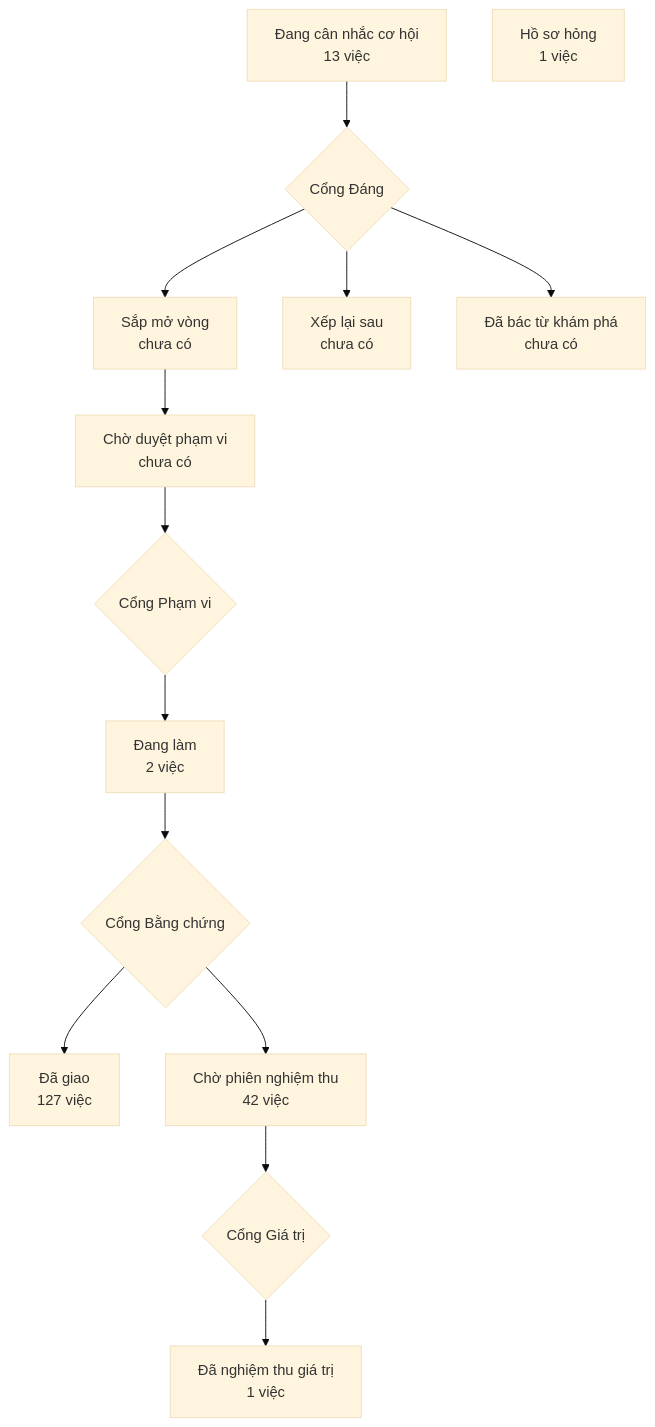
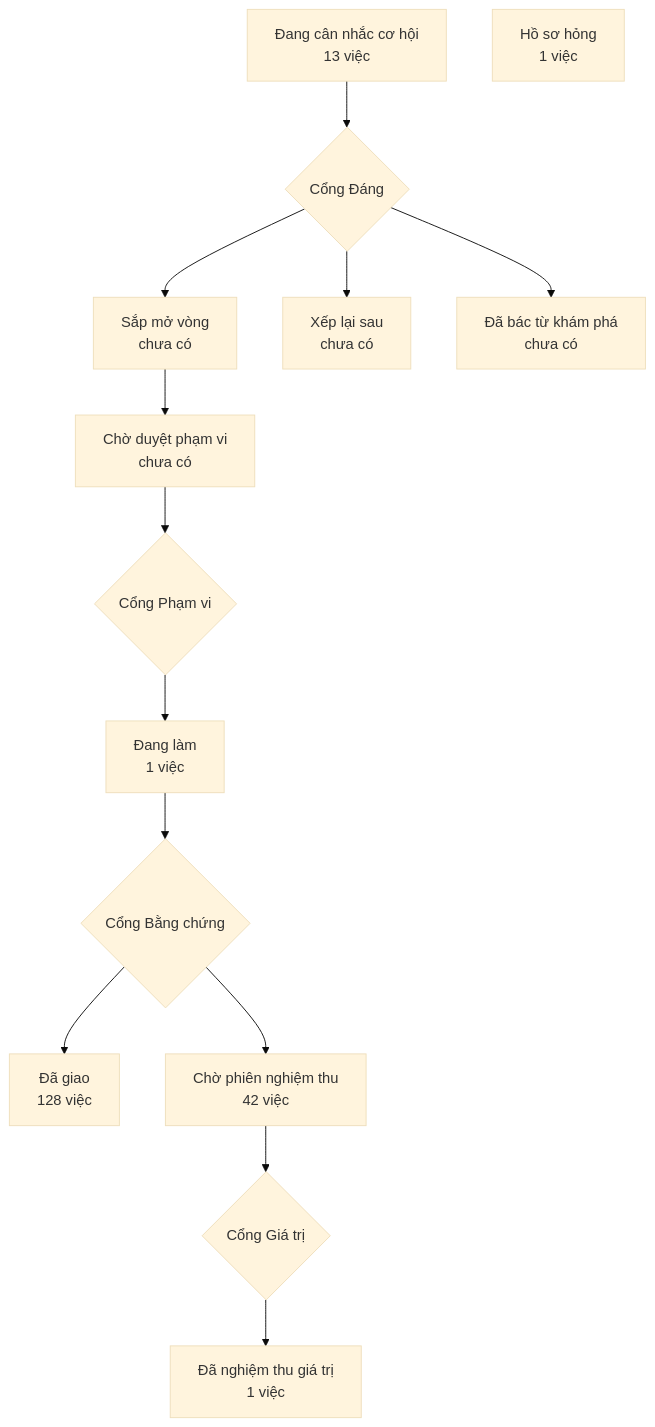
One commit to phanlemanh/crm-onehub changed the diagram in PRODUCT-MAP.md. Above: the diagram before and after it, drawn with Mermaid (base theme). The commit also changed 3 other files, not shown here.

````diff
--- a/PRODUCT-MAP.md
+++ b/PRODUCT-MAP.md
@@ -7,13 +7,13 @@
 ```mermaid
 flowchart TD
   A["Đang cân nhắc cơ hội<br/>13 việc"] --> GD{"Cổng Đáng"}
   GD --> B["Sắp mở vòng<br/>chưa có"]
   GD --> XL["Xếp lại sau<br/>chưa có"]
   GD --> DB["Đã bác từ khám phá<br/>chưa có"]
   B --> CD["Chờ duyệt phạm vi<br/>chưa có"] --> GP{"Cổng Phạm vi"}
-  GP --> DL["Đang làm<br/>2 việc"] --> GB{"Cổng Bằng chứng"}
-  GB --> DG["Đã giao<br/>127 việc"]
+  GP --> DL["Đang làm<br/>1 việc"] --> GB{"Cổng Bằng chứng"}
+  GB --> DG["Đã giao<br/>128 việc"]
   GB --> CN["Chờ phiên nghiệm thu<br/>42 việc"] --> GG{"Cổng Giá trị"}
   GG --> NT["Đã nghiệm thu giá trị<br/>1 việc"]
   HS["Hồ sơ hỏng<br/>1 việc"]
 ```
````
